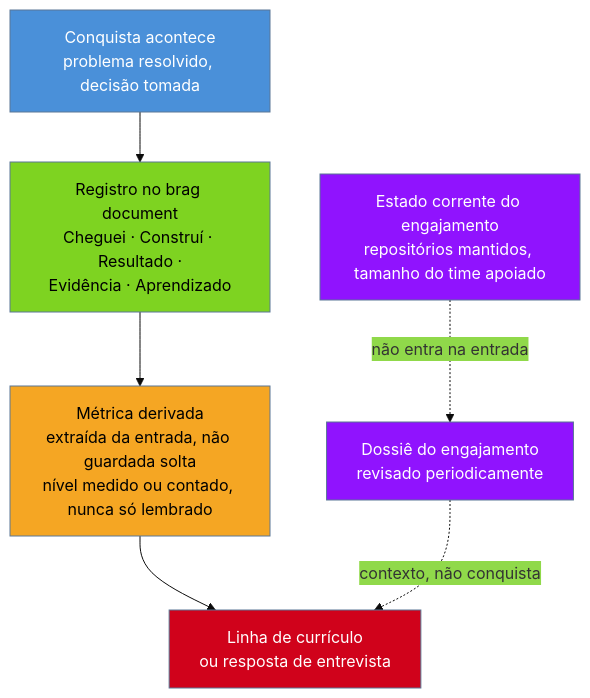
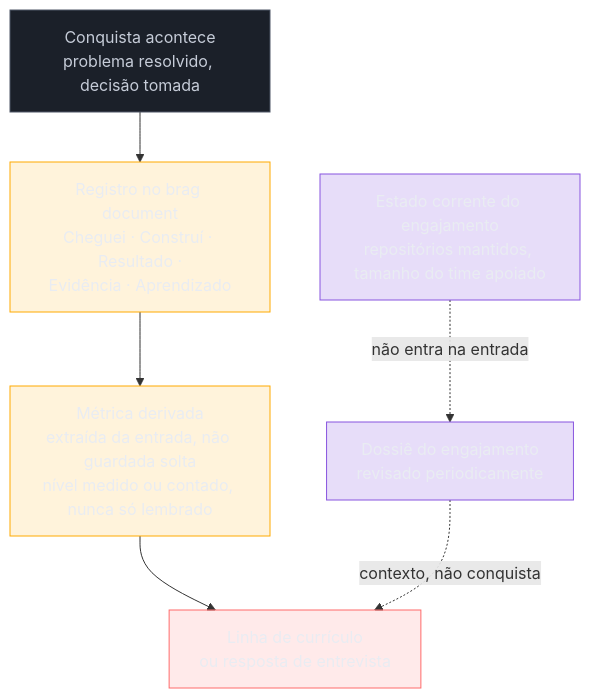
Before and after one commit to josenaldo/codex-technomanticus: the diagram in 03-Dominios/Carreira/Currículo/21 - O brag document.md, drawn with Mermaid. The commit also changed 1181 other files, not shown here.

First line of the commit message:
fix(diagramas): paleta do sistema no lugar de cor cravada no markdown

````diff
--- a/03-Dominios/Carreira/Currículo/21 - O brag document.md
+++ b/03-Dominios/Carreira/Currículo/21 - O brag document.md
@@ -110,20 +110,23 @@
 ```mermaid
-%%{init: {"theme": "base", "themeVariables": {"primaryColor": "#4A90D9"}}}%%
 flowchart TD
+    classDef neutro fill:#1B2029,stroke:#4E5666,color:#C6CCD8
+    classDef destaque fill:#FFAA0024,stroke:#FFAA00,color:#E9ECF2
+    classDef falha fill:#FF6B6B24,stroke:#FF6B6B,color:#E9ECF2
+    classDef marca fill:#8855DF33,stroke:#8855DF,color:#E9ECF2
     Evento["Conquista acontece<br/>problema resolvido, decisão tomada"] --> Registro["Registro no brag document<br/>Cheguei · Construí · Resultado ·<br/>Evidência · Aprendizado"]
 
     Registro --> Deriv["Métrica derivada<br/>extraída da entrada, não guardada solta<br/>nível medido ou contado, nunca só lembrado"]
 
     Deriv --> CV["Linha de currículo<br/>ou resposta de entrevista"]
 
     Escopo["Estado corrente do engajamento<br/>repositórios mantidos, tamanho do time apoiado"] -.não entra na entrada.-> Dossie["Dossiê do engajamento<br/>revisado periodicamente"]
 
     Dossie -.contexto, não conquista.-> CV
 
-    style Evento fill:#4A90D9,color:#fff
-    style Registro fill:#7ED321,color:#000
-    style Deriv fill:#F5A623,color:#000
-    style CV fill:#D0021B,color:#fff
-    style Escopo fill:#9013FE,color:#fff
-    style Dossie fill:#9013FE,color:#fff
+    class Evento neutro
+    class Registro destaque
+    class Deriv destaque
+    class CV falha
+    class Escopo marca
+    class Dossie marca
 ```
````
